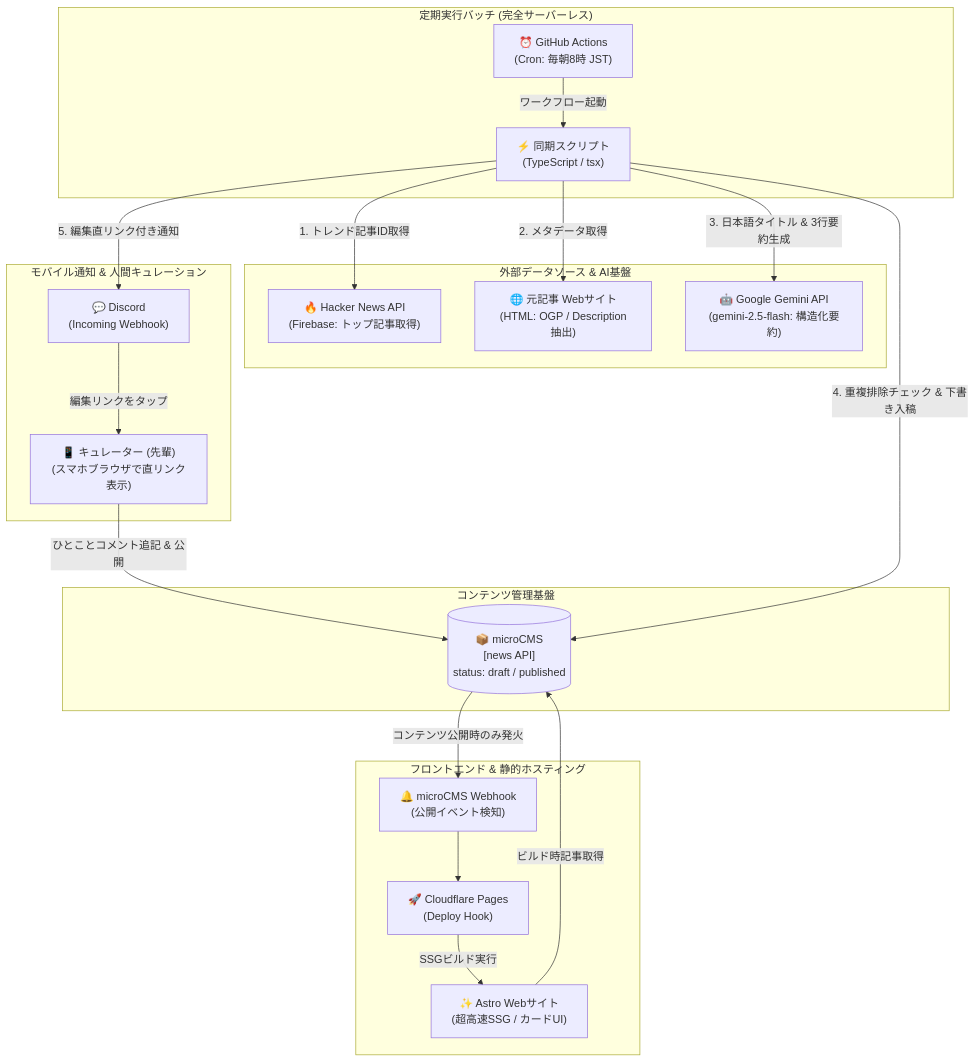
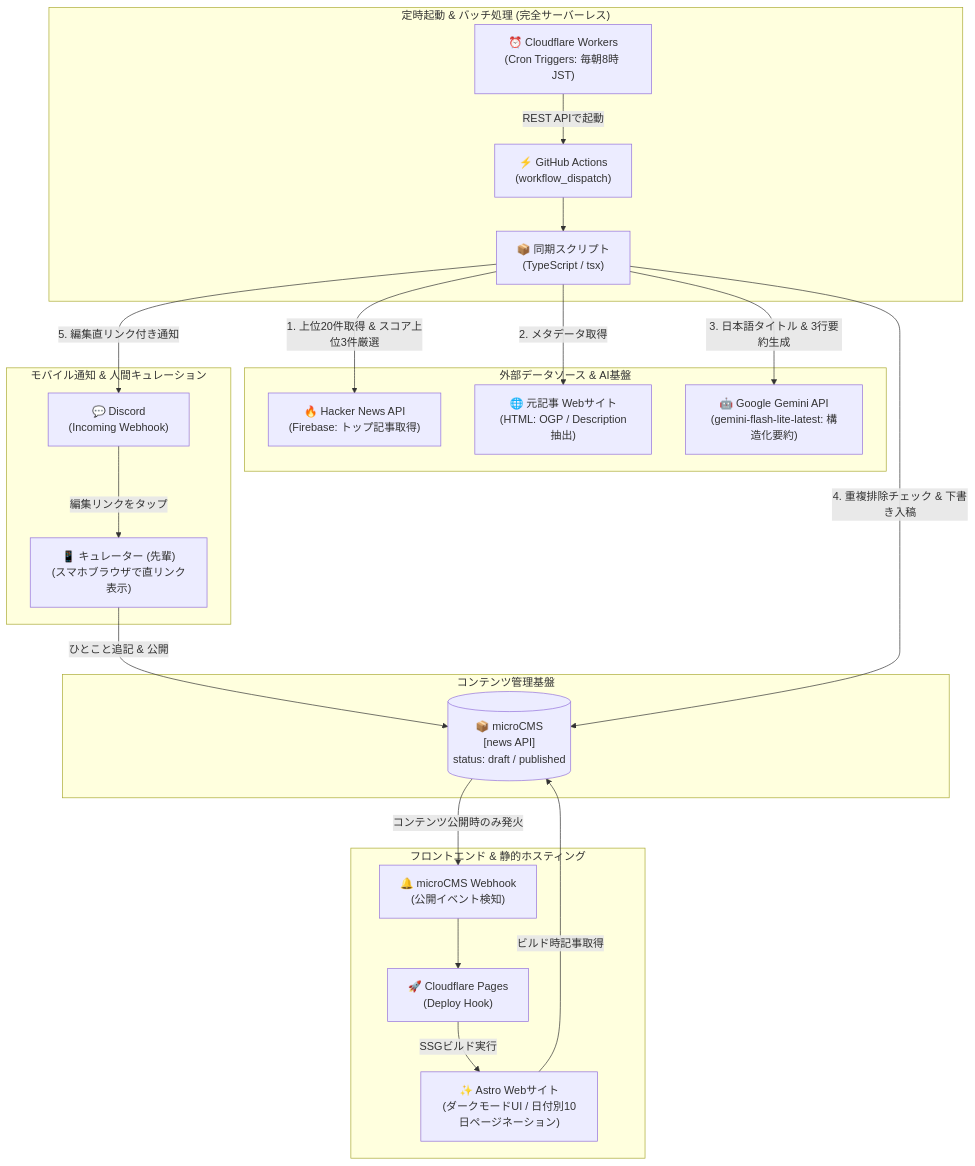
Before and after one commit to blacpans/hnmc: the first of 4 diagrams in docs/architecture.md, drawn with Mermaid. The commit also changed other lines of this file, not shown here.

First line of the commit message:
docs(architecture): 📝 最新の実装に合わせてアーキテクチャ設計書を更新したじゃんね！📐✨

````diff
--- a/docs/architecture.md
+++ b/docs/architecture.md
@@ -17,48 +17,50 @@
 ```mermaid
 flowchart TD
     %% 外部データソース & AI
     subgraph ExternalSources ["外部データソース & AI基盤"]
         HN["🔥 Hacker News API<br/>(Firebase: トップ記事取得)"]
         Web["🌐 元記事 Webサイト<br/>(HTML: OGP / Description抽出)"]
-        Gemini["🤖 Google Gemini API<br/>(gemini-2.5-flash: 構造化要約)"]
+        Gemini["🤖 Google Gemini API<br/>(gemini-flash-lite-latest: 構造化要約)"]
     end
 
-    %% バッチシステム
-    subgraph BatchSystem ["定期実行バッチ (完全サーバーレス)"]
-        Cron["⏰ GitHub Actions<br/>(Cron: 毎朝8時 JST)"]
-        Script["⚡ 同期スクリプト<br/>(TypeScript / tsx)"]
-        Cron -->|ワークフロー起動| Script
+    %% 定時起動 & バッチシステム
+    subgraph BatchSystem ["定時起動 & バッチ処理 (完全サーバーレス)"]
+        CFWorker["⏰ Cloudflare Workers<br/>(Cron Triggers: 毎朝8時 JST)"]
+        GHA["⚡ GitHub Actions<br/>(workflow_dispatch)"]
+        Script["📦 同期スクリプト<br/>(TypeScript / tsx)"]
+        CFWorker -->|REST APIで起動| GHA
+        GHA --> Script
     end
 
     %% ヘッドレスCMS
     subgraph HeadlessCMS ["コンテンツ管理基盤"]
         MicroCMS[("📦 microCMS<br/>[news API]<br/>status: draft / published")]
     end
 
     %% モバイル通知 & キュレーション
     subgraph MobileCuration ["モバイル通知 & 人間キュレーション"]
         Discord["💬 Discord<br/>(Incoming Webhook)"]
         Smartphone["📱 キュレーター (先輩)<br/>(スマホブラウザで直リンク表示)"]
         Discord -->|編集リンクをタップ| Smartphone
-        Smartphone -->|ひとことコメント追記 & 公開| MicroCMS
+        Smartphone -->|ひとこと追記 & 公開| MicroCMS
     end
 
     %% フロントエンド配信
     subgraph WebHosting ["フロントエンド & 静的ホスティング"]
         Webhook["🔔 microCMS Webhook<br/>(公開イベント検知)"]
         DeployHook["🚀 Cloudflare Pages<br/>(Deploy Hook)"]
-        AstroSite["✨ Astro Webサイト<br/>(超高速SSG / カードUI)"]
+        AstroSite["✨ Astro Webサイト<br/>(ダークモードUI / 日付別10日ページネーション)"]
         
         MicroCMS -->|コンテンツ公開時のみ発火| Webhook
         Webhook --> DeployHook
         DeployHook -->|SSGビルド実行| AstroSite
         AstroSite -->|ビルド時記事取得| MicroCMS
     end
 
     %% データ連携フロー
-    Script -->|1. トレンド記事ID取得| HN
+    Script -->|1. 上位20件取得 & スコア上位3件厳選| HN
     Script -->|2. メタデータ取得| Web
     Script -->|3. 日本語タイトル & 3行要約生成| Gemini
     Script -->|4. 重複排除チェック & 下書き入稿| MicroCMS
     Script -->|5. 編集直リンク付き通知| Discord
 ```
````
